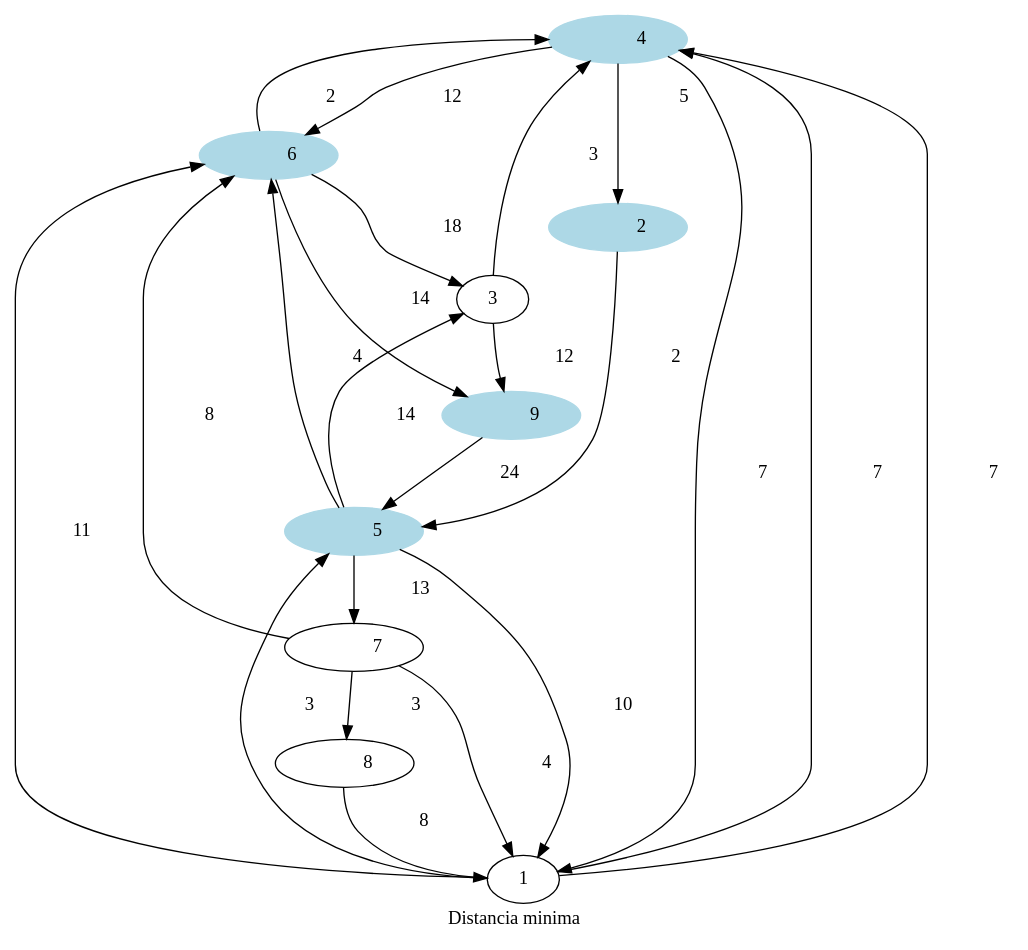
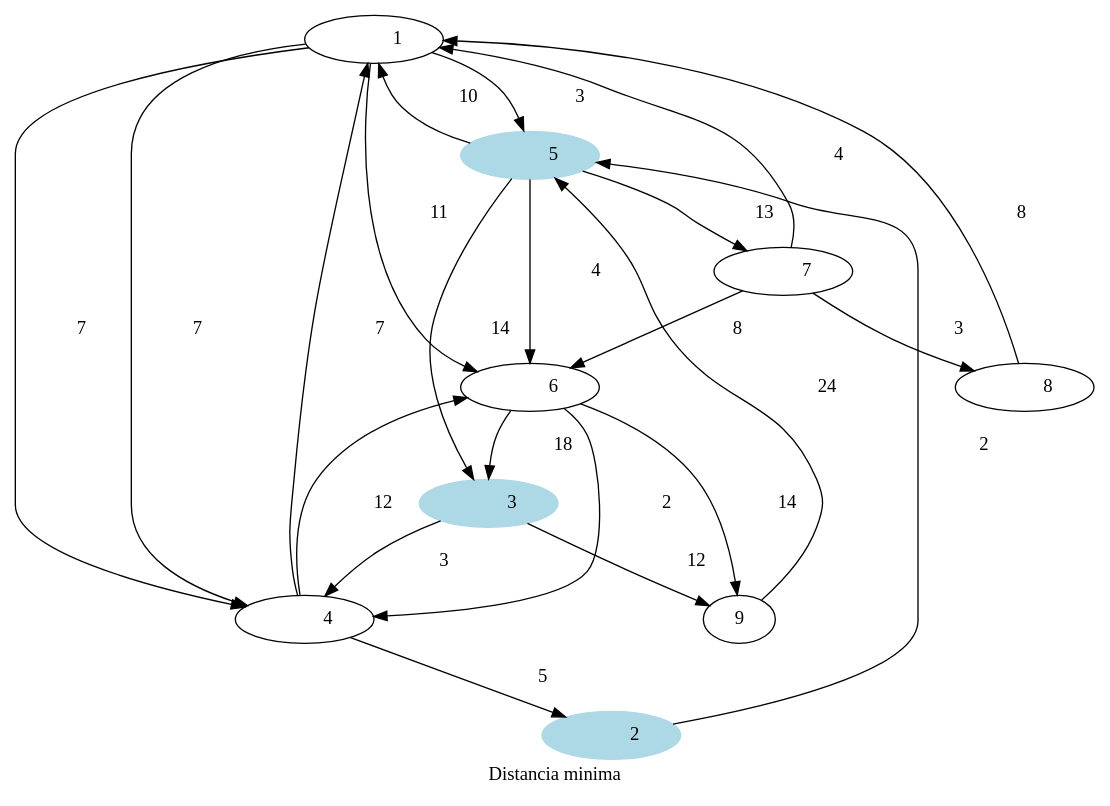
Before and after one commit to nxz7/EDD_PROYECTO-_202200007: the diagram in FASE3/distancia_min.dot, drawn with Graphviz. The commit also changed 19 other files, not shown here.

```diff
--- a/FASE3/distancia_min.dot
+++ b/FASE3/distancia_min.dot
@@ -1,40 +1,43 @@
  digraph G {
  label="Distancia minima"
-           4 [label = "           4 ", style=filled, color = lightblue]
+           1 [label = "           1 "]
            5 [label = "           5 ", style=filled, color = lightblue]
-           4 [label = "           4 ", style=filled, color = lightblue]
-           6 [label = "           6 ", style=filled, color = lightblue]
+           1 [label = "           1 "]
+           1 [label = "           1 "]
            1  ->            4  [label = "           7 ", dir = normal];
            1  ->            5  [label = "           3 ", dir = normal];
            1  ->            4  [label = "           7 ", dir = normal];
            1  ->            6  [label = "          11 ", dir = normal];
            2 [label = "           2 ", style=filled, color = lightblue]
            2  ->            5  [label = "           2 ", dir = normal];
-           9 [label = "           9 ", style=filled, color = lightblue]
-           4 [label = "           4 ", style=filled, color = lightblue]
+           3 [label = "           3 ", style=filled, color = lightblue]
            3  ->            9  [label = "          12 ", dir = normal];
            3  ->            4  [label = "           3 ", dir = normal];
-           4 [label = "           4 ", style=filled, color = lightblue]
+           2 [label = "           2 ", style=filled, color = lightblue]
+           4 [label = "           4 "]
+           4 [label = "           4 "]
            4  ->            2  [label = "           5 ", dir = normal];
            4  ->            6  [label = "          12 ", dir = normal];
            4  ->            1  [label = "           7 ", dir = normal];
            5 [label = "           5 ", style=filled, color = lightblue]
            5  ->            3  [label = "          14 ", dir = normal];
            5  ->            1  [label = "          10 ", dir = normal];
            5  ->            7  [label = "          13 ", dir = normal];
            5  ->            6  [label = "           4 ", dir = normal];
-           6 [label = "           6 ", style=filled, color = lightblue]
+           6 [label = "           6 "]
+           3 [label = "           3 ", style=filled, color = lightblue]
+           6 [label = "           6 "]
            6  ->            4  [label = "           2 ", dir = normal];
            6  ->            3  [label = "          18 ", dir = normal];
            6  ->            9  [label = "          14 ", dir = normal];
            7 [label = "           7 "]
-           6 [label = "           6 ", style=filled, color = lightblue]
+           7 [label = "           7 "]
            7 [label = "           7 "]
            7  ->            1  [label = "           4 ", dir = normal];
            7  ->            6  [label = "           8 ", dir = normal];
            7  ->            8  [label = "           3 ", dir = normal];
            8 [label = "           8 "]
            8  ->            1  [label = "           8 ", dir = normal];
-           9 [label = "           9 ", style=filled, color = lightblue]
+           5 [label = "           5 ", style=filled, color = lightblue]
            9  ->            5  [label = "          24 ", dir = normal];
  }
```
